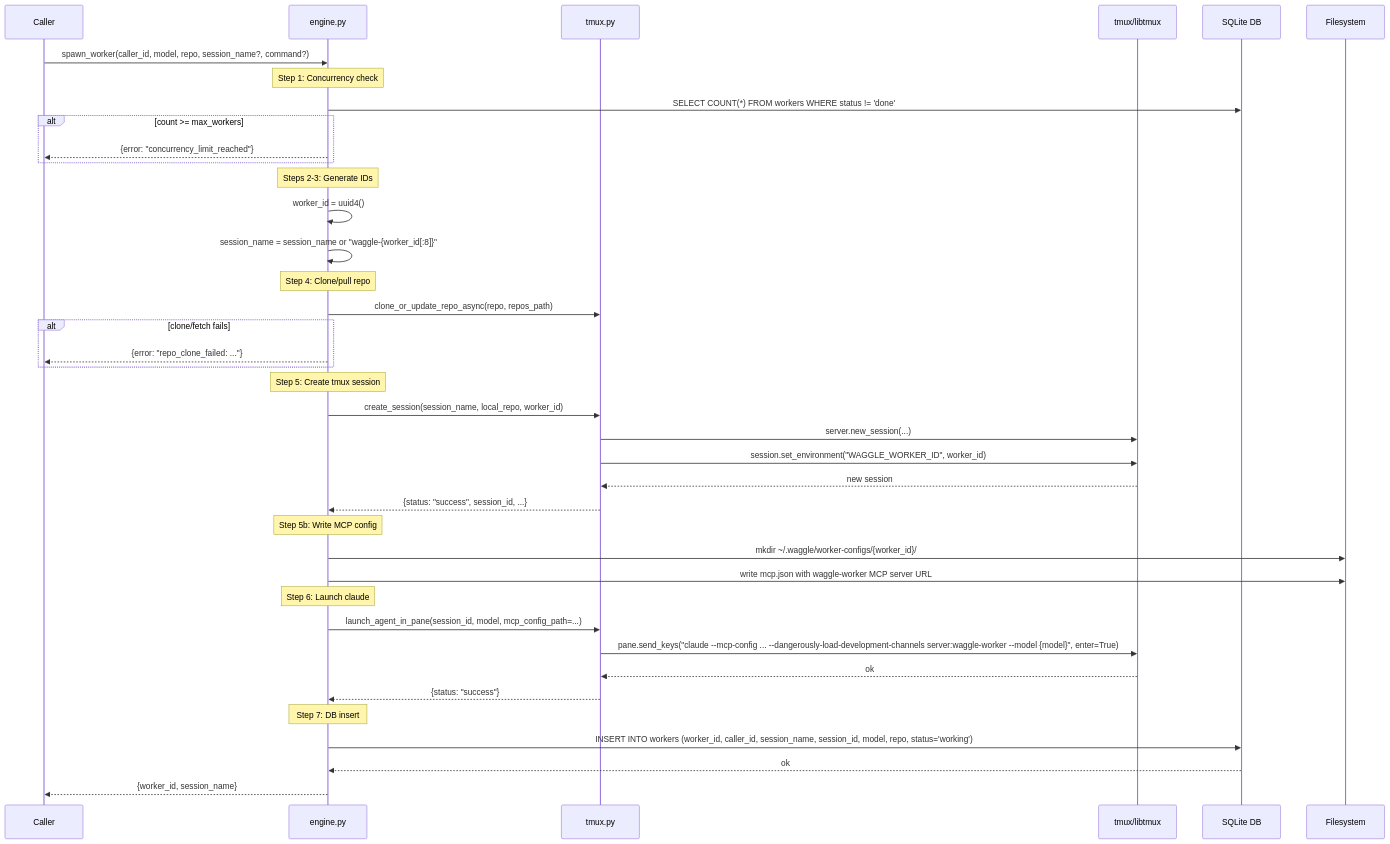
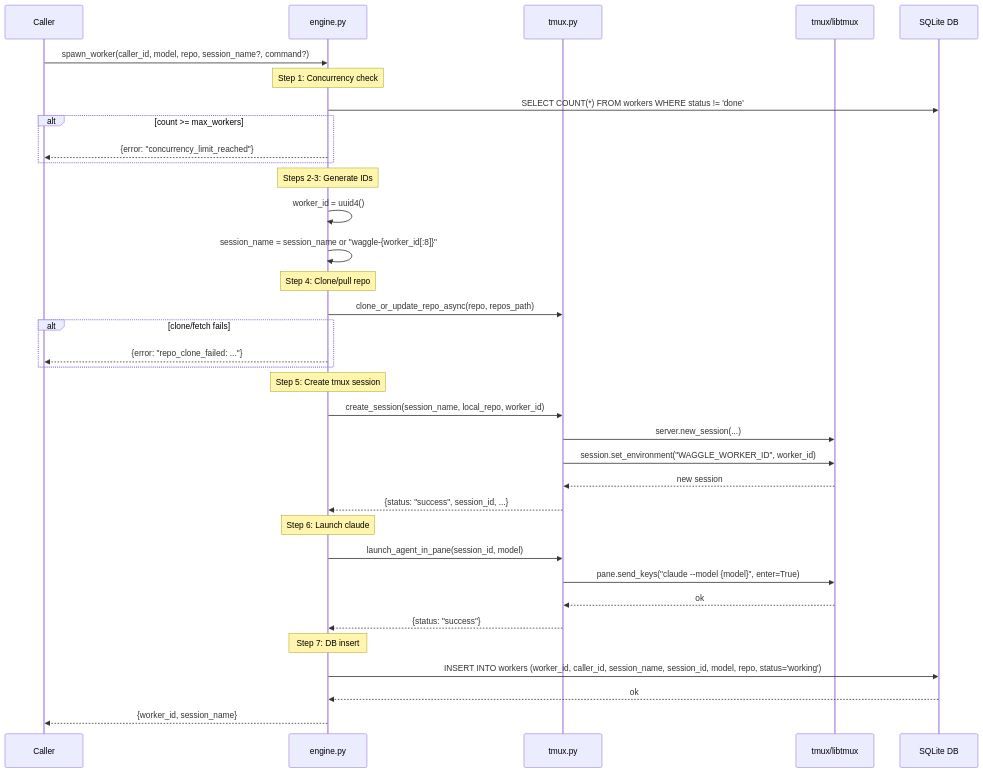
The diagram in docs/architecture/spawn_worker.md (gabemahoney/waggle), drawn with Mermaid before and after one commit. The commit also changed other lines of this file and 24 other files, not shown here.

First line of the commit message:
Replace Claude Channels input delivery with tmux send-keys (b.g2x)

````diff
--- a/docs/architecture/spawn_worker.md
+++ b/docs/architecture/spawn_worker.md
@@ -78,50 +58,45 @@
 ```mermaid
 sequenceDiagram
     participant C as Caller
     participant E as engine.py
     participant TM as tmux.py
     participant TX as tmux/libtmux
     participant DB as SQLite DB
-    participant FS as Filesystem
 
     C->>E: spawn_worker(caller_id, model, repo, session_name?, command?)
 
     Note over E: Step 1: Concurrency check
     E->>DB: SELECT COUNT(*) FROM workers WHERE status != 'done'
     alt count >= max_workers
         E-->>C: {error: "concurrency_limit_reached"}
     end
 
     Note over E: Steps 2-3: Generate IDs
     E->>E: worker_id = uuid4()
     E->>E: session_name = session_name or "waggle-{worker_id[:8]}"
 
     Note over E: Step 4: Clone/pull repo
     E->>TM: clone_or_update_repo_async(repo, repos_path)
     alt clone/fetch fails
         E-->>C: {error: "repo_clone_failed: ..."}
     end
 
     Note over E: Step 5: Create tmux session
     E->>TM: create_session(session_name, local_repo, worker_id)
     TM->>TX: server.new_session(...)
     TM->>TX: session.set_environment("WAGGLE_WORKER_ID", worker_id)
     TX-->>TM: new session
     TM-->>E: {status: "success", session_id, ...}
 
-    Note over E: Step 5b: Write MCP config
-    E->>FS: mkdir ~/.waggle/worker-configs/{worker_id}/
-    E->>FS: write mcp.json with waggle-worker MCP server URL
-
     Note over E: Step 6: Launch claude
-    E->>TM: launch_agent_in_pane(session_id, model, mcp_config_path=...)
-    TM->>TX: pane.send_keys("claude --mcp-config ... --dangerously-load-development-channels server:waggle-worker --model {model}", enter=True)
+    E->>TM: launch_agent_in_pane(session_id, model)
+    TM->>TX: pane.send_keys("claude --model {model}", enter=True)
     TX-->>TM: ok
     TM-->>E: {status: "success"}
 
     Note over E: Step 7: DB insert
     E->>DB: INSERT INTO workers (worker_id, caller_id, session_name, session_id, model, repo, status='working')
     DB-->>E: ok
 
     E-->>C: {worker_id, session_name}
 ```
````
